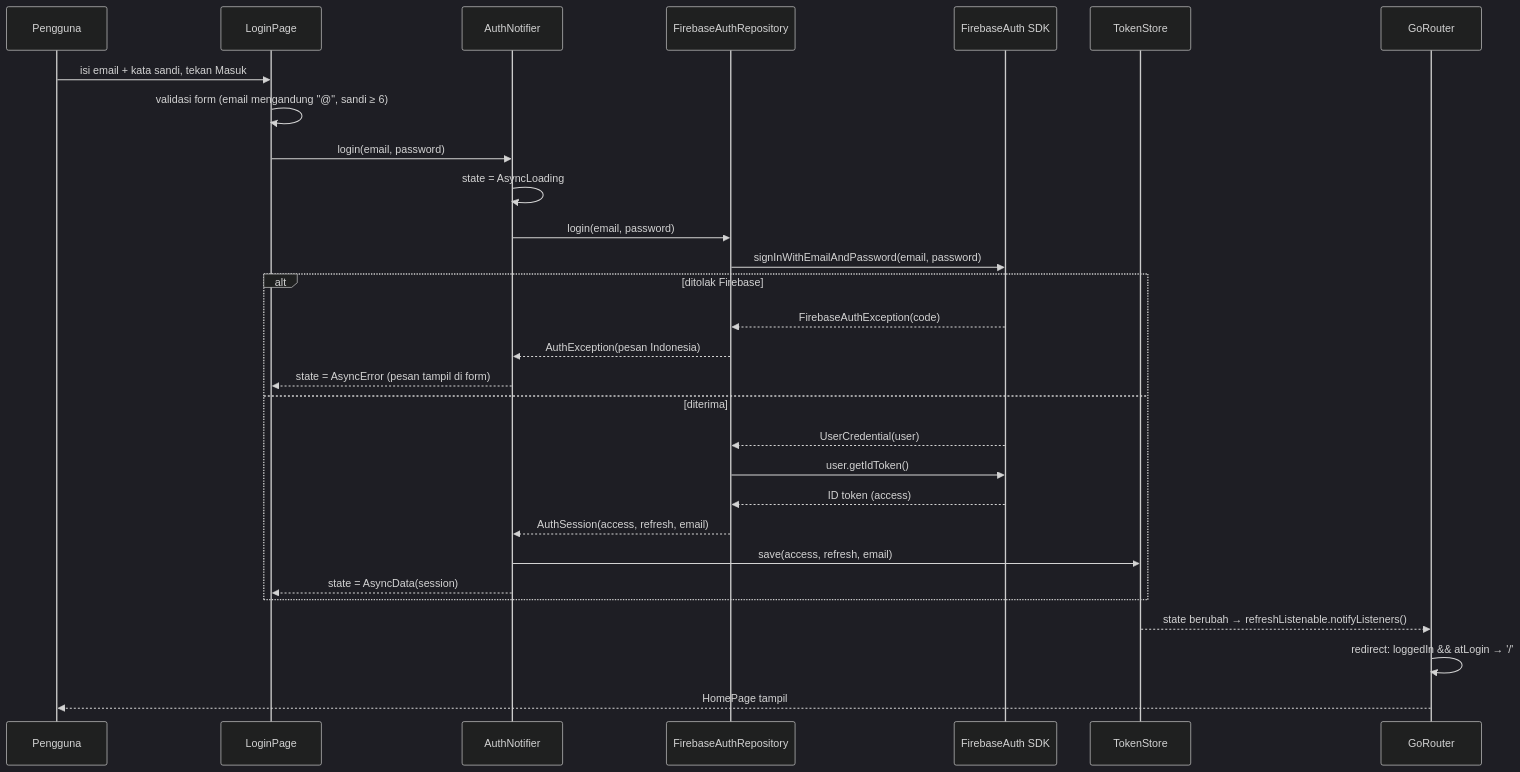
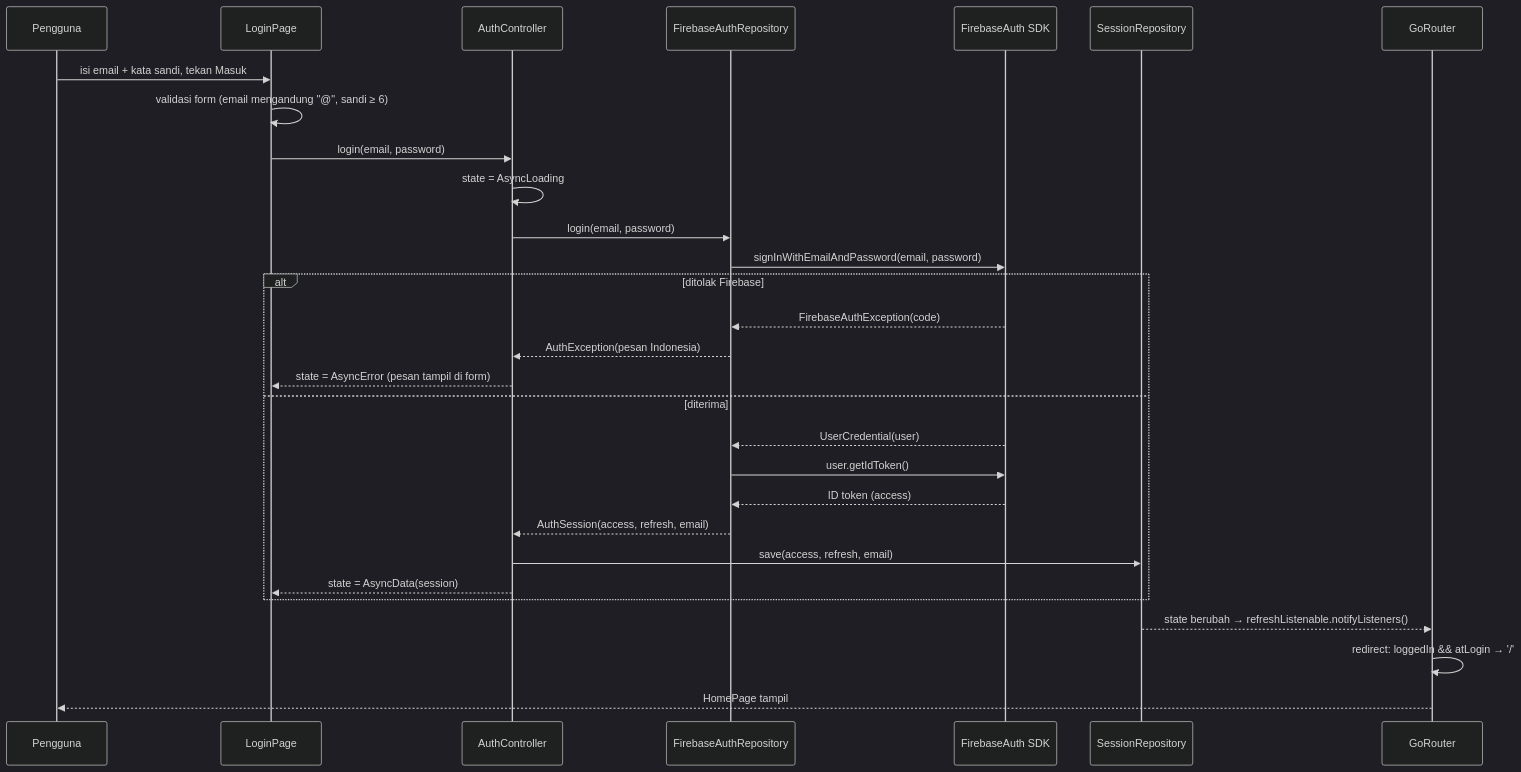
One commit to HooroBoy/244107020132-mobile-course changed the fourth of 9 diagrams in Week10/campusnotif/docs/arsitektur.md. Above: the diagram before and after it, drawn with Mermaid (dark theme). The commit also changed other lines of this file and 84 other files, not shown here.

````diff
--- a/Week10/campusnotif/docs/arsitektur.md
+++ b/Week10/campusnotif/docs/arsitektur.md
@@ -166,32 +176,32 @@
 ```mermaid
 sequenceDiagram
   participant U as Pengguna
   participant LP as LoginPage
-  participant AN as AuthNotifier
+  participant AN as AuthController
   participant AR as FirebaseAuthRepository
   participant FA as FirebaseAuth SDK
-  participant TS as TokenStore
+  participant TS as SessionRepository
   participant GR as GoRouter
 
   U->>LP: isi email + kata sandi, tekan Masuk
   LP->>LP: validasi form (email mengandung "@", sandi ≥ 6)
   LP->>AN: login(email, password)
   AN->>AN: state = AsyncLoading
   AN->>AR: login(email, password)
   AR->>FA: signInWithEmailAndPassword(email, password)
   alt ditolak Firebase
     FA-->>AR: FirebaseAuthException(code)
     AR-->>AN: AuthException(pesan Indonesia)
     AN-->>LP: state = AsyncError (pesan tampil di form)
   else diterima
     FA-->>AR: UserCredential(user)
     AR->>FA: user.getIdToken()
     FA-->>AR: ID token (access)
     AR-->>AN: AuthSession(access, refresh, email)
     AN->>TS: save(access, refresh, email)
     AN-->>LP: state = AsyncData(session)
   end
   TS-->>GR: state berubah → refreshListenable.notifyListeners()
   GR->>GR: redirect: loggedIn && atLogin → '/'
   GR-->>U: HomePage tampil
 ```
````
